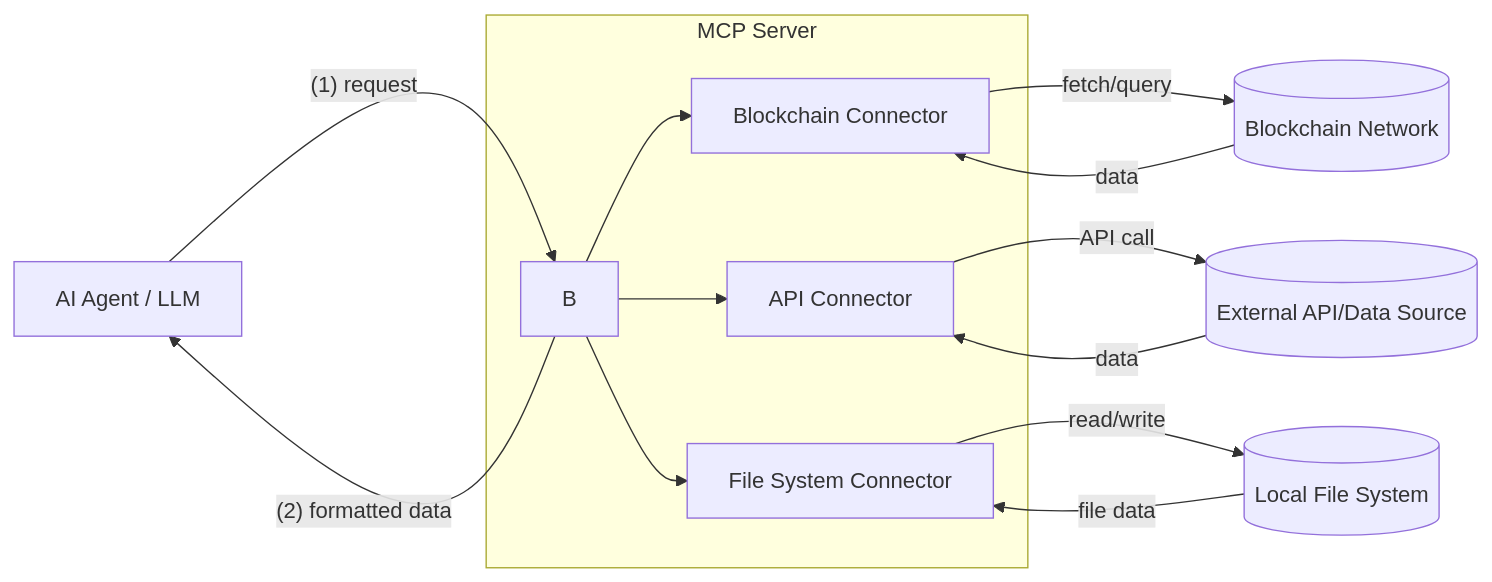
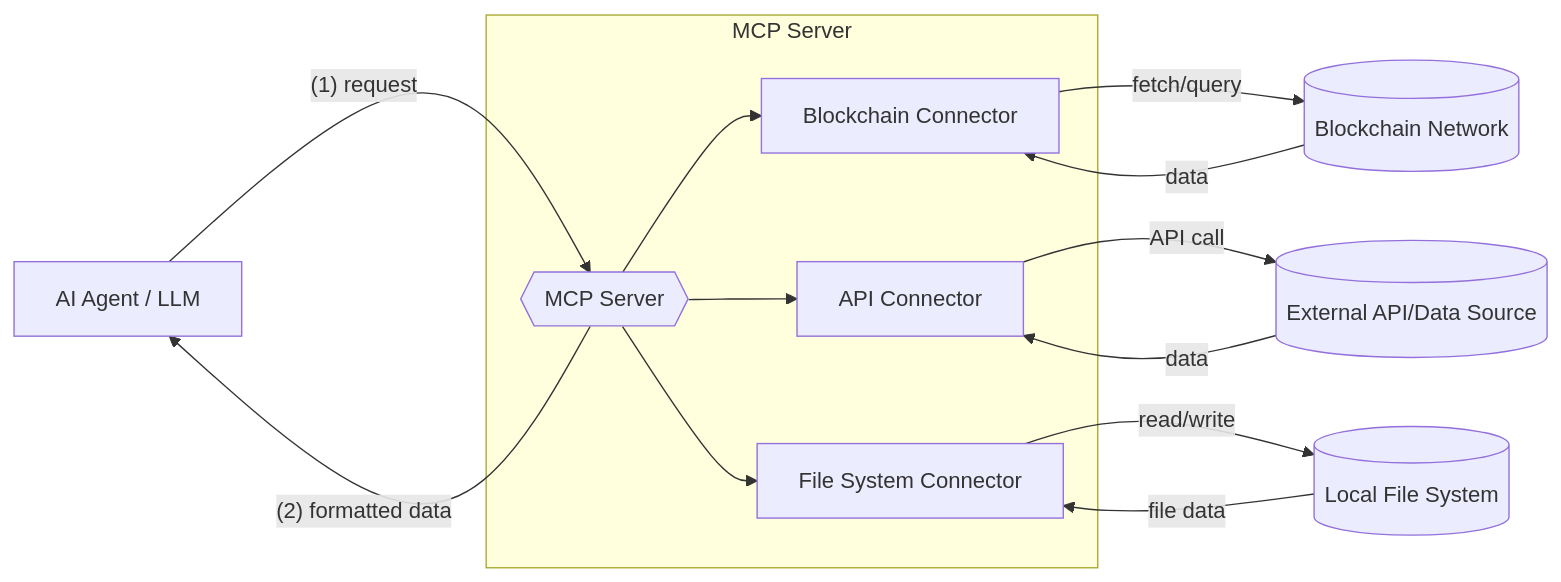
Before and after one commit to settlemint/sdk: the first of 2 diagrams in sdk/mcp/README.md, drawn with Mermaid. The commit also changed 2 other files, not shown here.

Commit message:
fix: escape issue in the docs (#827)

````diff
--- a/sdk/mcp/README.md
+++ b/sdk/mcp/README.md
@@ -118,16 +118,16 @@
 ```mermaid
 flowchart LR
-    A[AI Agent / LLM] --(1) request--> B
+    A[AI Agent / LLM] --(1) request--> B{{MCP Server}}
     subgraph MCP Server
         B --> C1[Blockchain Connector]
         B --> C2[API Connector]
         B --> C3[File System Connector]
     end
     C1 -- fetch/query --> D[(Blockchain Network)]
     C2 -- API call --> E[(External API/Data Source)]
     C3 -- read/write --> F[(Local File System)]
     D -- data --> C1
     E -- data --> C2
     F -- file data --> C3
-    B --(2) formatted data--> A[AI Agent / LLM]
+    B{{MCP Server}} --(2) formatted data--> A[AI Agent / LLM]
 ```
````
